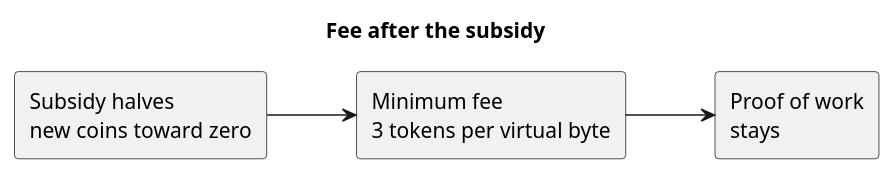
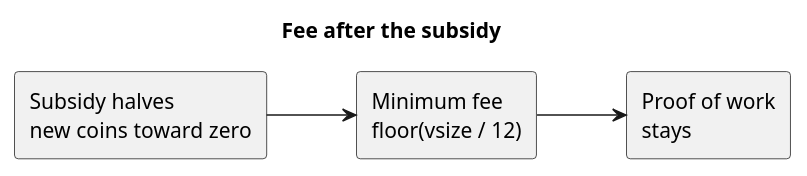
Before and after one commit to FederationCoin/cpu-miner: the diagram in public/docs/mill-fee.puml, drawn with PlantUML. The commit also changed 9 other files, not shown here.

```diff
--- a/public/docs/mill-fee.puml
+++ b/public/docs/mill-fee.puml
@@ -1,9 +1,9 @@
 @startuml mill-fee
 title Fee after the subsidy
 left to right direction
 rectangle "Subsidy halves\nnew coins toward zero" as Subsidy
-rectangle "Minimum fee\n3 tokens per virtual byte" as Rate
+rectangle "Minimum fee\nfloor(vsize / 12)" as Rate
 rectangle "Proof of work\nstays" as Pow
 Subsidy --> Rate
 Rate --> Pow
 @enduml
```
